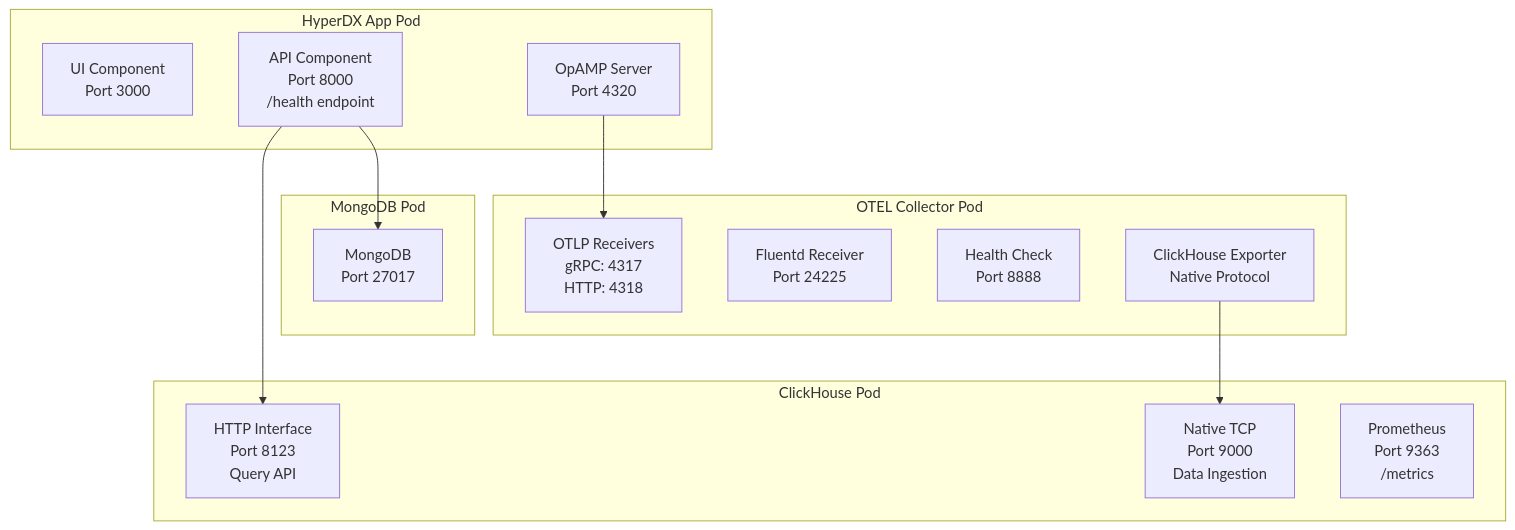
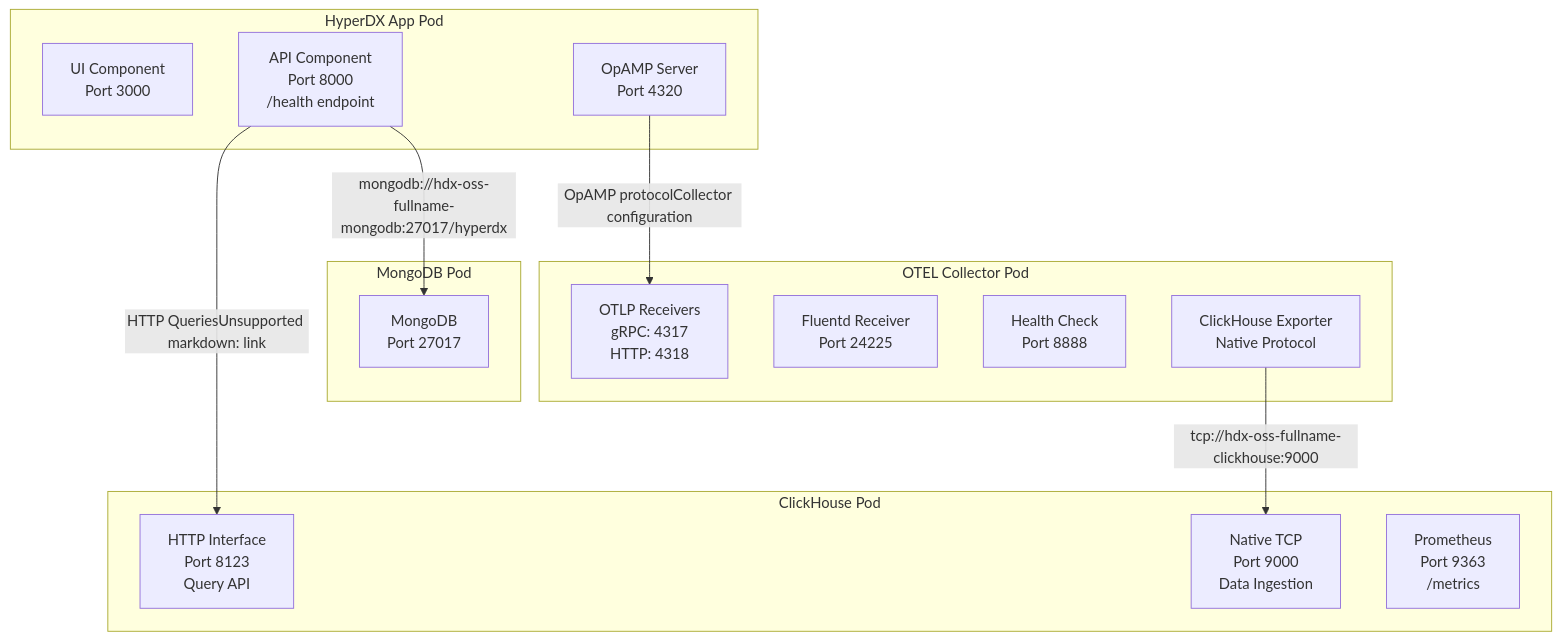
The second of 9 diagrams in docs/hyperdxio-helm-charts-docs/System-Architecture.md (openchoreo/openchoreo), drawn with Mermaid before and after one commit. The commit also changed other lines of this file and 85 other files, not shown here.

Commit message:
feat: Add new workflow and specification templates, update Helm chart dependencies, and clarify documentation diagrams.

````diff
--- a/docs/hyperdxio-helm-charts-docs/System-Architecture.md
+++ b/docs/hyperdxio-helm-charts-docs/System-Architecture.md
@@ -92,43 +92,43 @@
 ```mermaid
 flowchart TD
 
 UI["UI Component<br>Port 3000"]
 API["API Component<br>Port 8000<br>/health endpoint"]
 OpAMP["OpAMP Server<br>Port 4320"]
 OTELReceivers["OTLP Receivers<br>gRPC: 4317<br>HTTP: 4318"]
 FluentdReceiver["Fluentd Receiver<br>Port 24225"]
 OTELHealth["Health Check<br>Port 8888"]
 ClickhouseExporter["ClickHouse Exporter<br>Native Protocol"]
 CHHTTPPort["HTTP Interface<br>Port 8123<br>Query API"]
 CHNativePort["Native TCP<br>Port 9000<br>Data Ingestion"]
 CHPrometheus["Prometheus<br>Port 9363<br>/metrics"]
 MongoPort["MongoDB<br>Port 27017"]
 
-API --> CHHTTPPort
-API --> MongoPort
-ClickhouseExporter --> CHNativePort
-OpAMP --> OTELReceivers
+API -->|"HTTP QueriesUnsupported markdown: link"| CHHTTPPort
+API -->|"mongodb://hdx-oss-fullname-mongodb:27017/hyperdx"| MongoPort
+ClickhouseExporter -->|"tcp://hdx-oss-fullname-clickhouse:9000"| CHNativePort
+OpAMP -->|"OpAMP protocolCollector configuration"| OTELReceivers
 
 subgraph subGraph3 ["MongoDB Pod"]
     MongoPort
 end
 
 subgraph subGraph2 ["ClickHouse Pod"]
     CHHTTPPort
     CHNativePort
     CHPrometheus
 end
 
 subgraph subGraph1 ["OTEL Collector Pod"]
     OTELReceivers
     FluentdReceiver
     OTELHealth
     ClickhouseExporter
 end
 
 subgraph subGraph0 ["HyperDX App Pod"]
     UI
     API
     OpAMP
 end
 ```
````
